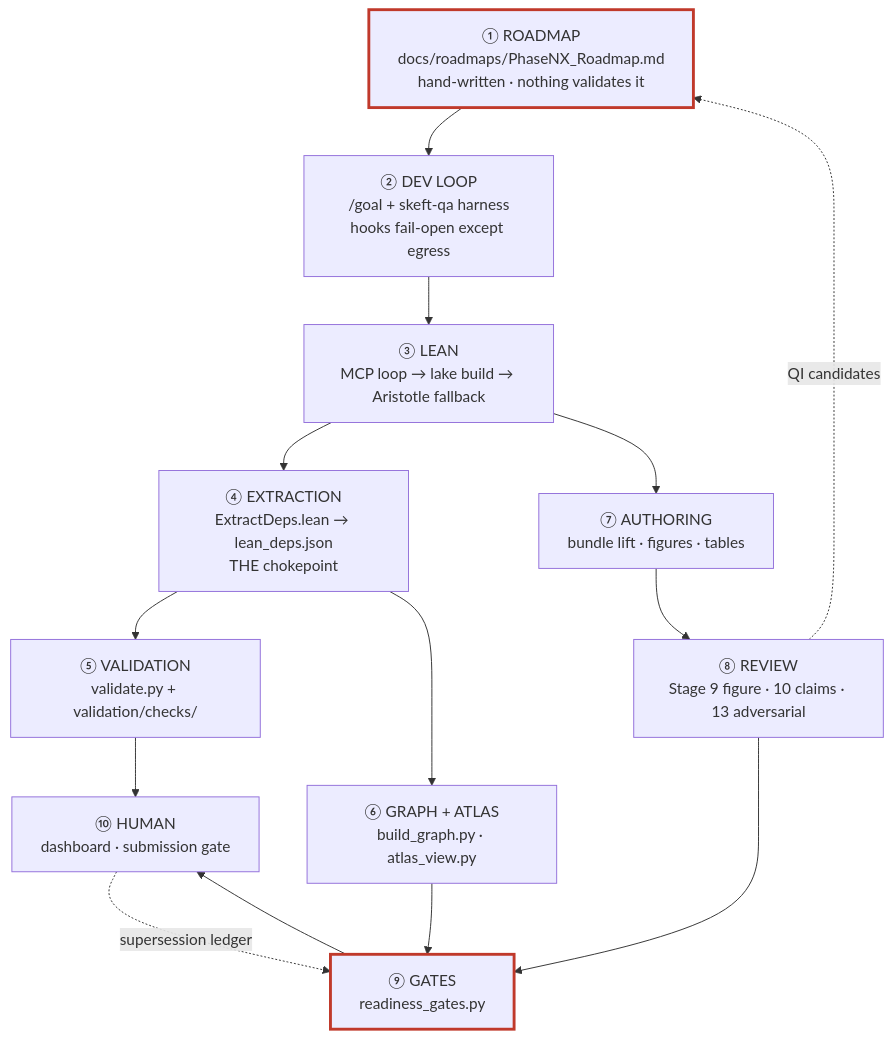
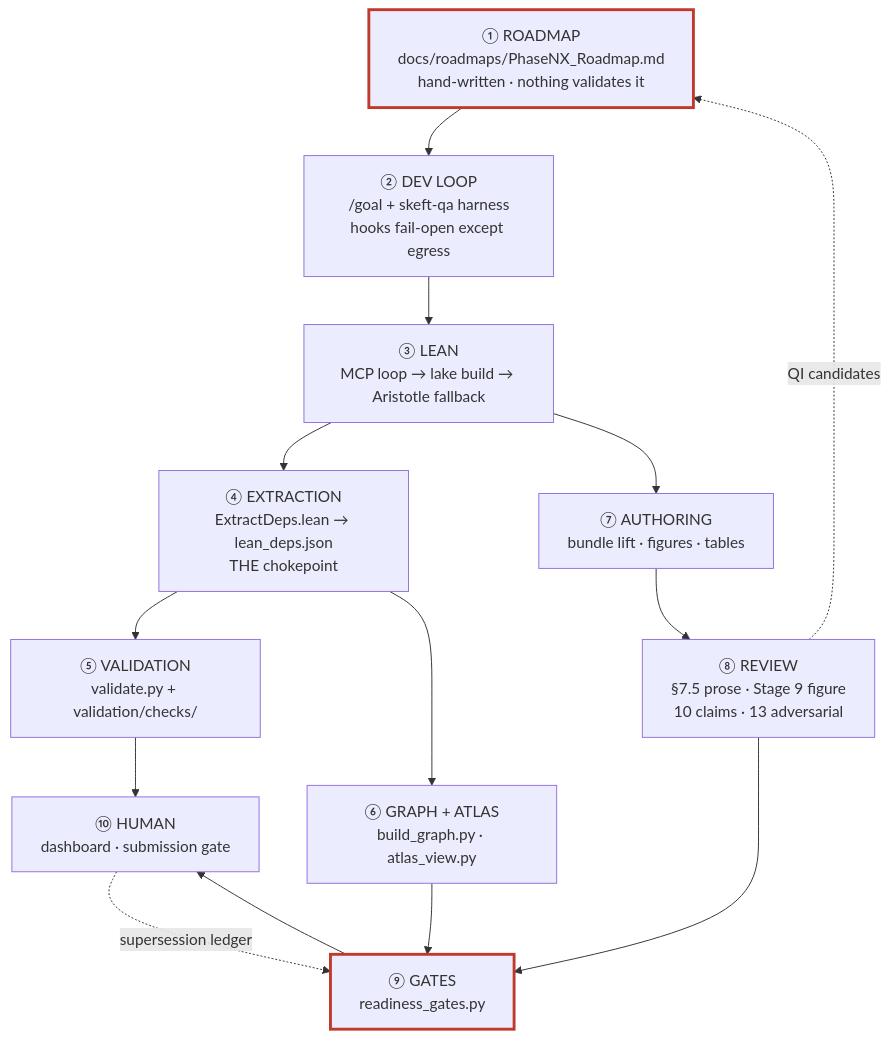
One commit to NetRxn/SK_EFT_Hawking changed the diagram in docs/architecture/END_TO_END_MAP.md. Above: the diagram before and after it, drawn with Mermaid. The commit also changed other lines of this file and 7 other files, not shown here.

````diff
--- a/docs/architecture/END_TO_END_MAP.md
+++ b/docs/architecture/END_TO_END_MAP.md
@@ -19,24 +19,24 @@
 ```mermaid
 flowchart TB
     RM["① ROADMAP<br/>docs/roadmaps/PhaseNX_Roadmap.md<br/>hand-written · nothing validates it"]
     GOAL["② DEV LOOP<br/>/goal + skeft-qa harness<br/>hooks fail-open except egress"]
     LEAN["③ LEAN<br/>MCP loop → lake build → Aristotle fallback"]
     EXT["④ EXTRACTION<br/>ExtractDeps.lean → lean_deps.json<br/>THE chokepoint"]
     VAL["⑤ VALIDATION<br/>validate.py + validation/checks/"]
     GRAPH["⑥ GRAPH + ATLAS<br/>build_graph.py · atlas_view.py"]
     PAPER["⑦ AUTHORING<br/>bundle lift · figures · tables"]
-    REV["⑧ REVIEW<br/>Stage 9 figure · 10 claims · 13 adversarial"]
+    REV["⑧ REVIEW<br/>§7.5 prose · Stage 9 figure<br/>10 claims · 13 adversarial"]
     GATE["⑨ GATES<br/>readiness_gates.py"]
     HUMAN["⑩ HUMAN<br/>dashboard · submission gate"]
 
     RM --> GOAL --> LEAN --> EXT
     EXT --> VAL & GRAPH
     GRAPH --> GATE
     LEAN --> PAPER --> REV --> GATE --> HUMAN
     VAL --> HUMAN
     HUMAN -.->|"supersession ledger"| GATE
     REV -.->|"QI candidates"| RM
 
     classDef gap stroke:#c0392b,stroke-width:3px
     class RM,GATE gap
 ```
````
